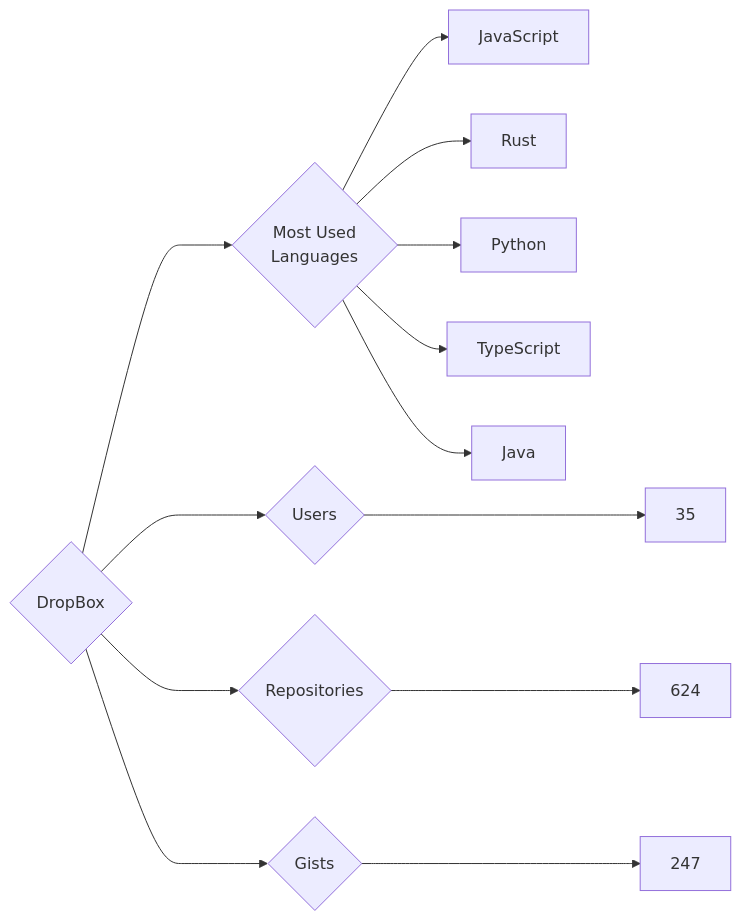
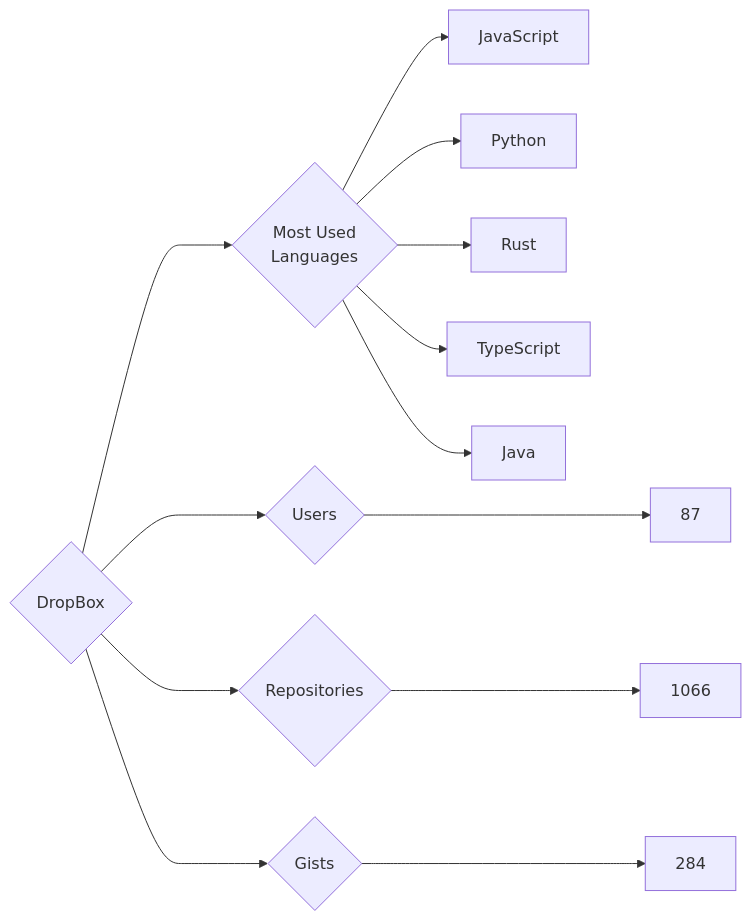
The diagram in targets/DropBox/README.md (trickest/insiders), drawn with Mermaid before and after one commit. The commit also changed 847 other files, not shown here.

````diff
--- a/targets/DropBox/README.md
+++ b/targets/DropBox/README.md
@@ -3,13 +3,13 @@
 ```mermaid
 graph LR
 COMPANY_NAME{DropBox}
-COMPANY_NAME ---> U{Users} ---> UN[35]
-COMPANY_NAME ---> R{Repositories} ---> RN[624]
-COMPANY_NAME ---> G{Gists} ---> GN[247]
+COMPANY_NAME ---> U{Users} ---> UN[87]
+COMPANY_NAME ---> R{Repositories} ---> RN[1066]
+COMPANY_NAME ---> G{Gists} ---> GN[284]
 COMPANY_NAME ---> ML{Most Used<br>Languages}
 ML --> JavaScript[JavaScript]
+ML --> Python[Python]
 ML --> Rust[Rust]
-ML --> Python[Python]
 ML --> TypeScript[TypeScript]
 ML --> Java[Java]
 ```
````
